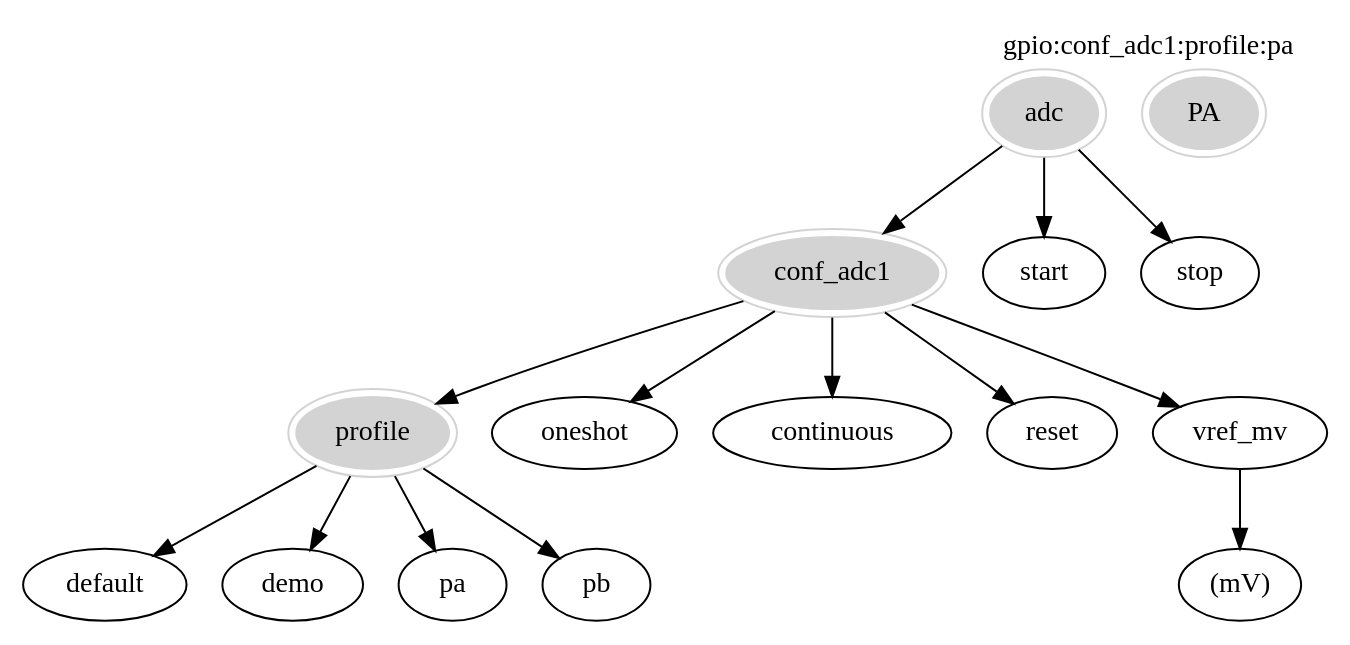
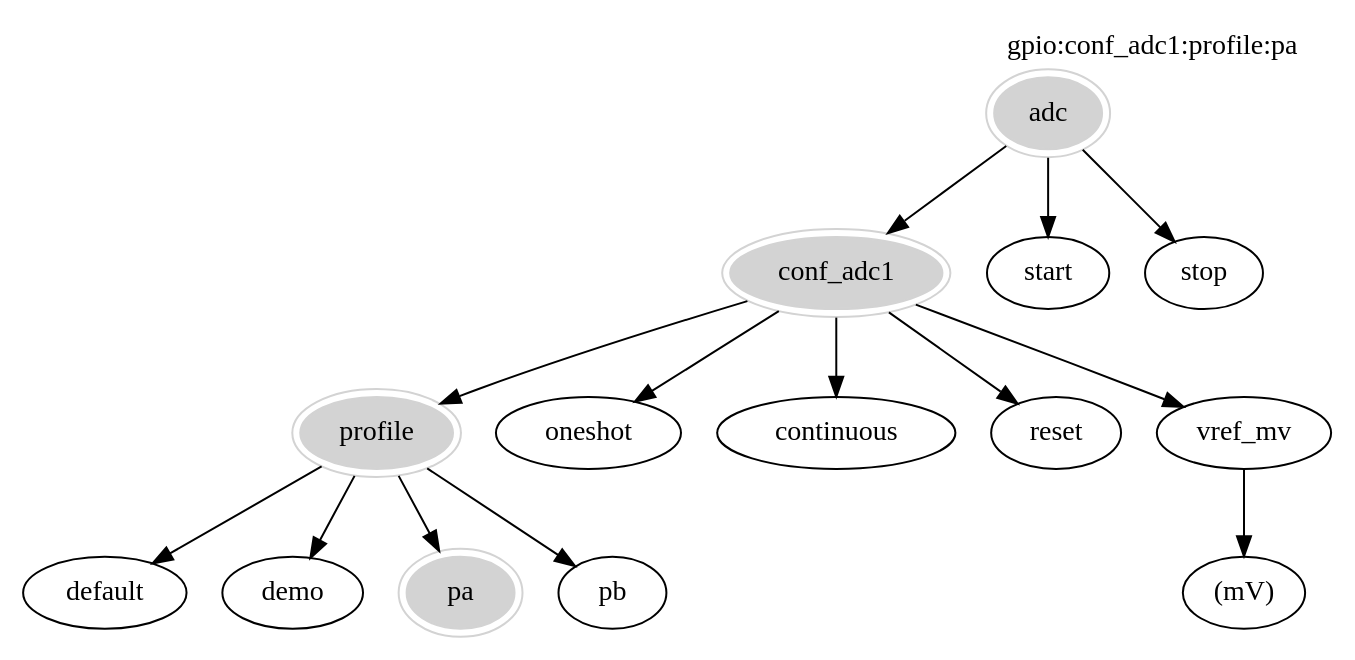
One commit to marionette-daq/marionette-firmware changed the diagram in Doc/fetch_adc_example_profile.dot. Above: the diagram before and after it, drawn with Graphviz. The commit also changed 1 other file, not shown here.

```diff
--- a/Doc/fetch_adc_example_profile.dot
+++ b/Doc/fetch_adc_example_profile.dot
@@ -1,24 +1,24 @@
 digraph Fetch {
         graph [fontname="lucidasans-bold-14"];
         node [fontname="lucidasans-bold-14"];
 	adc   -> conf_adc1;
 	adc   -> start;
 	adc   -> stop;
 	conf_adc1   -> profile;
 	conf_adc1   -> oneshot;
 	conf_adc1   -> continuous;
 	conf_adc1   -> reset;
 	conf_adc1   -> vref_mv;
 	profile     -> default;
 	profile     -> demo;
 	profile     -> pa;
 	profile     -> pb;
 	vref_mv     -> "(mV)"
   	adc [color=lightgrey, peripheries=2, style=filled];
   	conf_adc1 [color=lightgrey, peripheries=2, style=filled];
   	profile [color=lightgrey, peripheries=2, style=filled];
-  	PA [color=lightgrey, peripheries=2, style=filled];
+  	pa [color=lightgrey, peripheries=2, style=filled];
 	label="gpio:conf_adc1:profile:pa"
   	labelloc=top;
   	labeljust=right;
 }
```
